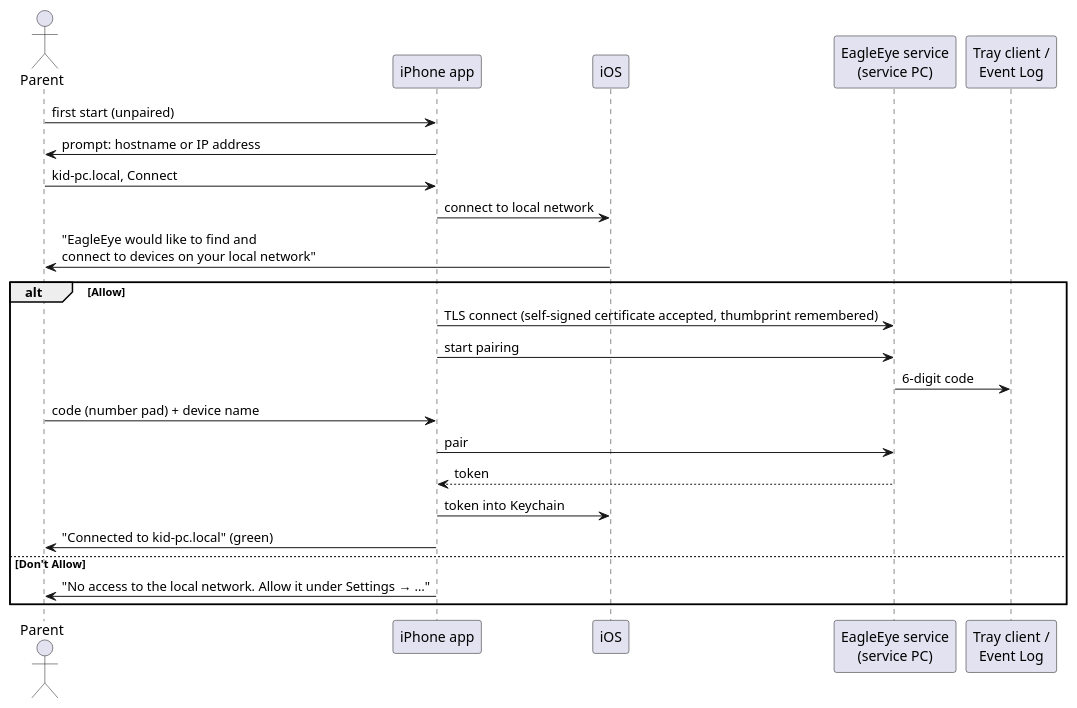
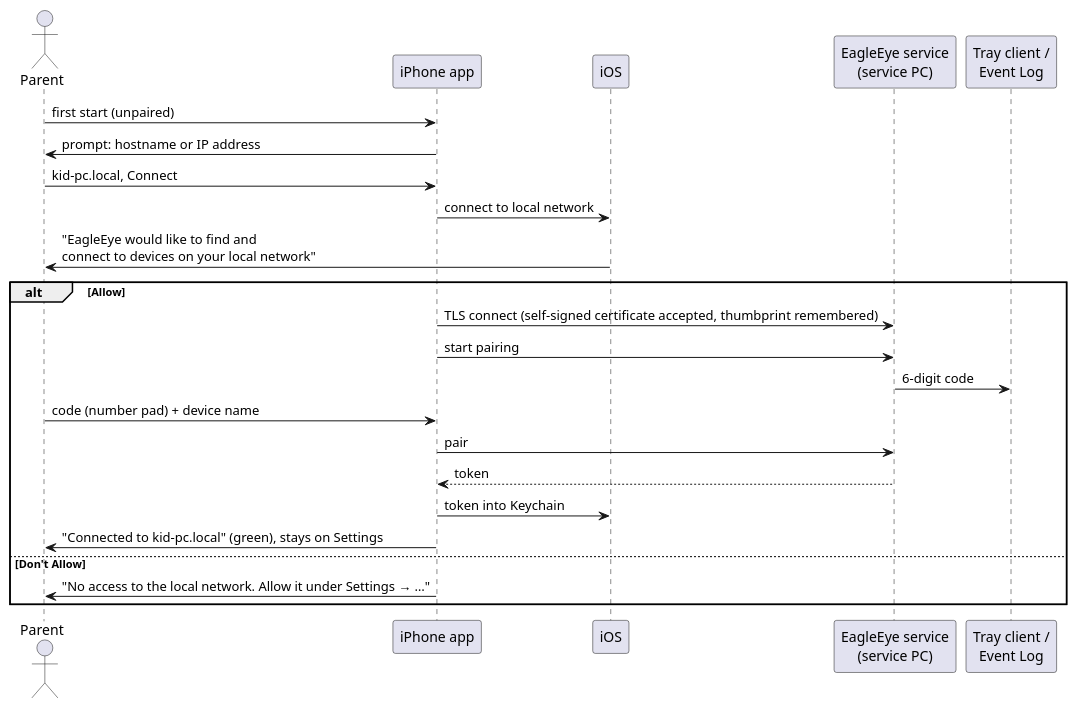
Before and after one commit to adlemich/EagleEye: the fourth of 5 diagrams in 02_Implementation/docs/requirements/user-stories/US-007/user-story.md, drawn with PlantUML. The commit also changed other lines of this file and 2 other files, not shown here.

````diff
--- a/02_Implementation/docs/requirements/user-stories/US-007/user-story.md
+++ b/02_Implementation/docs/requirements/user-stories/US-007/user-story.md
@@ -378,27 +366,27 @@
 ```plantuml
 @startuml
 actor Parent
 participant "iPhone app" as App
 participant "iOS" as iOS
 participant "EagleEye service\n(service PC)" as Svc
 participant "Tray client /\nEvent Log" as Tray
 
 Parent -> App : first start (unpaired)
 App -> Parent : prompt: hostname or IP address
 Parent -> App : kid-pc.local, Connect
 App -> iOS : connect to local network
 iOS -> Parent : "EagleEye would like to find and\nconnect to devices on your local network"
 alt Allow
   App -> Svc : TLS connect (self-signed certificate accepted, thumbprint remembered)
   App -> Svc : start pairing
   Svc -> Tray : 6-digit code
   Parent -> App : code (number pad) + device name
   App -> Svc : pair
   Svc --> App : token
   App -> iOS : token into Keychain
-  App -> Parent : "Connected to kid-pc.local" (green)
+  App -> Parent : "Connected to kid-pc.local" (green), stays on Settings
 else Don't Allow
   App -> Parent : "No access to the local network. Allow it under Settings → …"
 end
 @enduml
 ```
````
